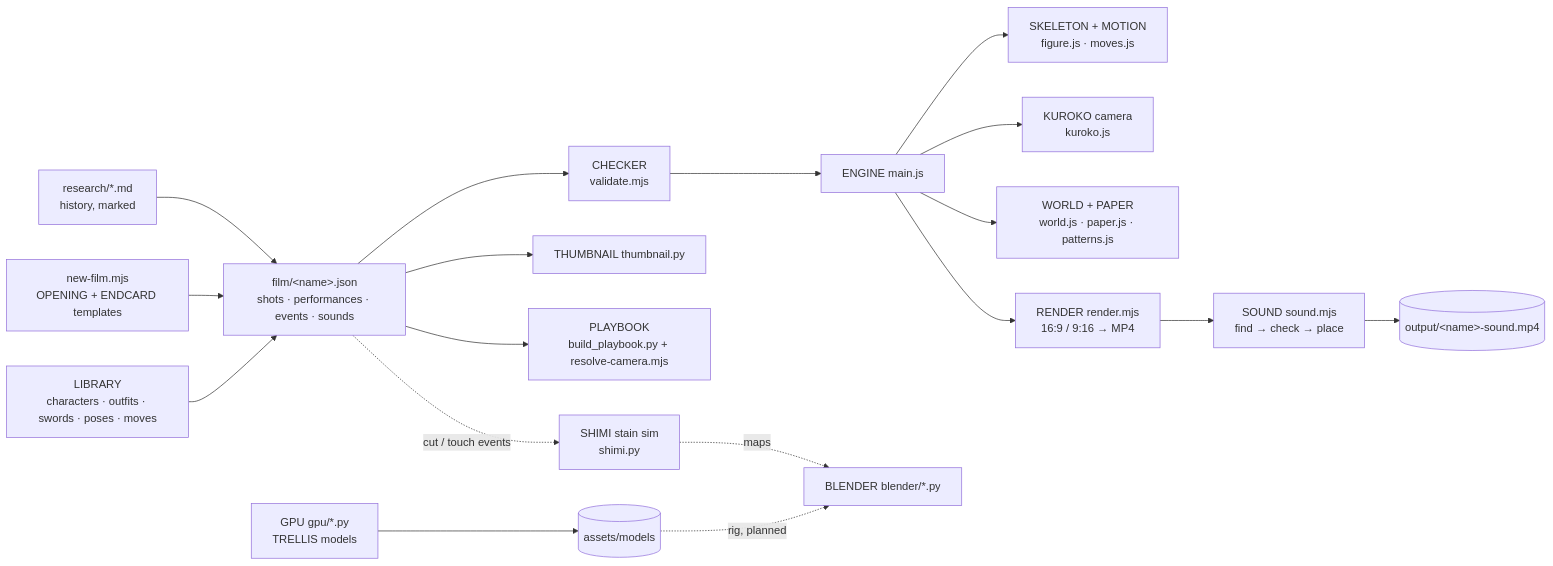
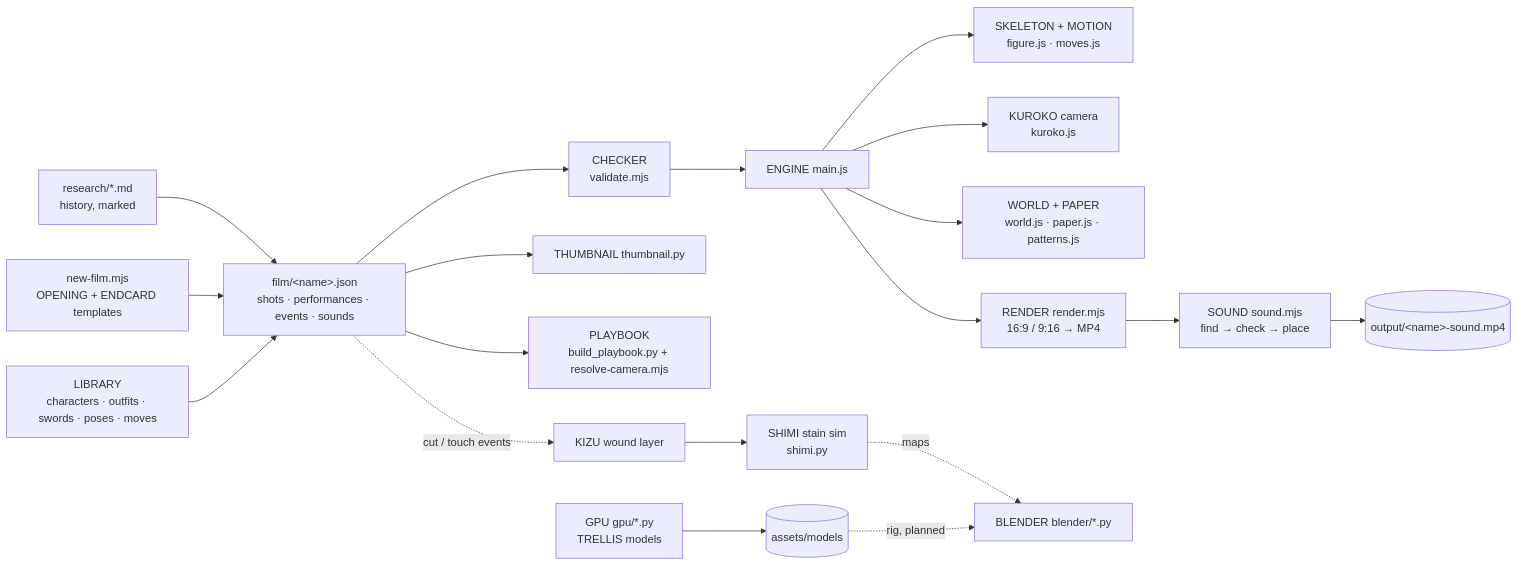
One commit to blackadmen732-wq/PaperCinema changed the diagram in SYSTEMS.md. Above: the diagram before and after it, drawn with Mermaid. The commit also changed other lines of this file and 13 other files, not shown here.

First line of the commit message:
SHIMI v2 core + KIZU wound layer

````diff
--- a/SYSTEMS.md
+++ b/SYSTEMS.md
@@ -8,20 +8,21 @@
 ```mermaid
 flowchart LR
   R[research/*.md<br/>history, marked] --> F
   T[new-film.mjs<br/>OPENING + ENDCARD templates] --> F
   L[LIBRARY<br/>characters · outfits · swords · poses · moves] --> F
   F[film/&lt;name&gt;.json<br/>shots · performances · events · sounds] --> V[CHECKER<br/>validate.mjs]
   V --> E[ENGINE main.js]
   E --> SK[SKELETON + MOTION<br/>figure.js · moves.js]
   E --> K[KUROKO camera<br/>kuroko.js]
   E --> W[WORLD + PAPER<br/>world.js · paper.js · patterns.js]
   E --> RN[RENDER render.mjs<br/>16:9 / 9:16 → MP4]
   RN --> SD[SOUND sound.mjs<br/>find → check → place]
   SD --> OUT[(output/&lt;name&gt;-sound.mp4)]
   F --> TH[THUMBNAIL thumbnail.py]
   F --> PB[PLAYBOOK<br/>build_playbook.py + resolve-camera.mjs]
-  F -. cut / touch events .-> SH[SHIMI stain sim<br/>shimi.py]
+  F -. cut / touch events .-> KZ[KIZU wound layer]
+  KZ --> SH[SHIMI stain sim<br/>shimi.py]
   SH -. maps .-> BL[BLENDER blender/*.py]
   G[GPU gpu/*.py<br/>TRELLIS models] --> A[(assets/models)]
   A -. rig, planned .-> BL
 ```
````
